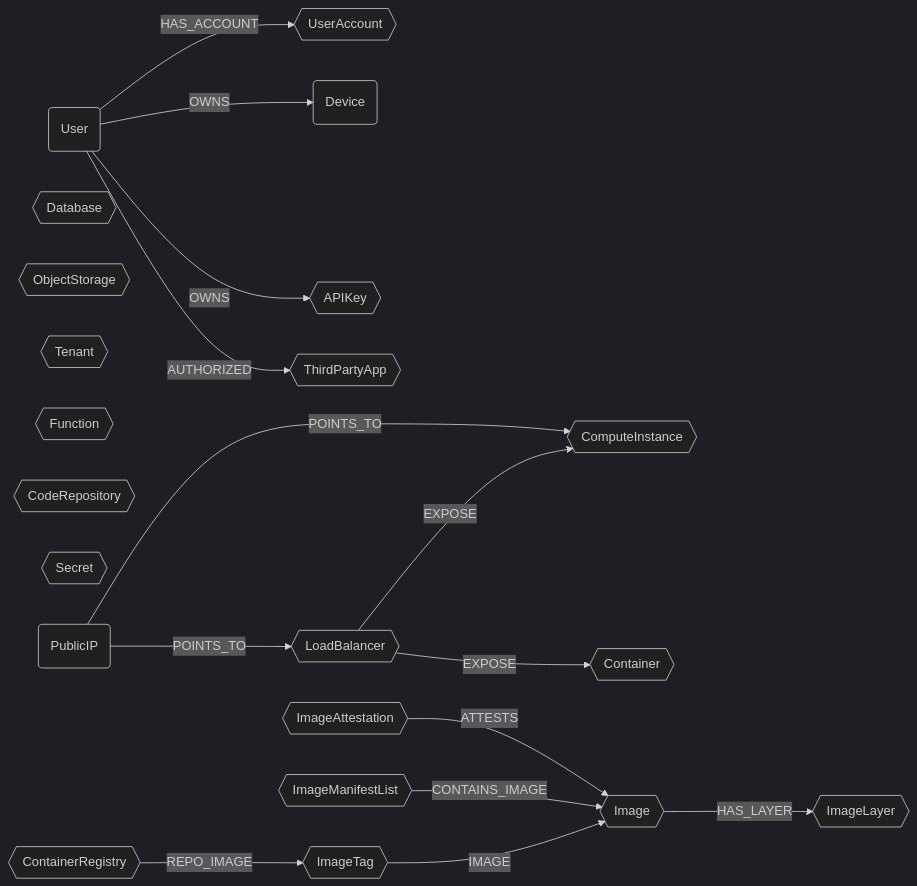
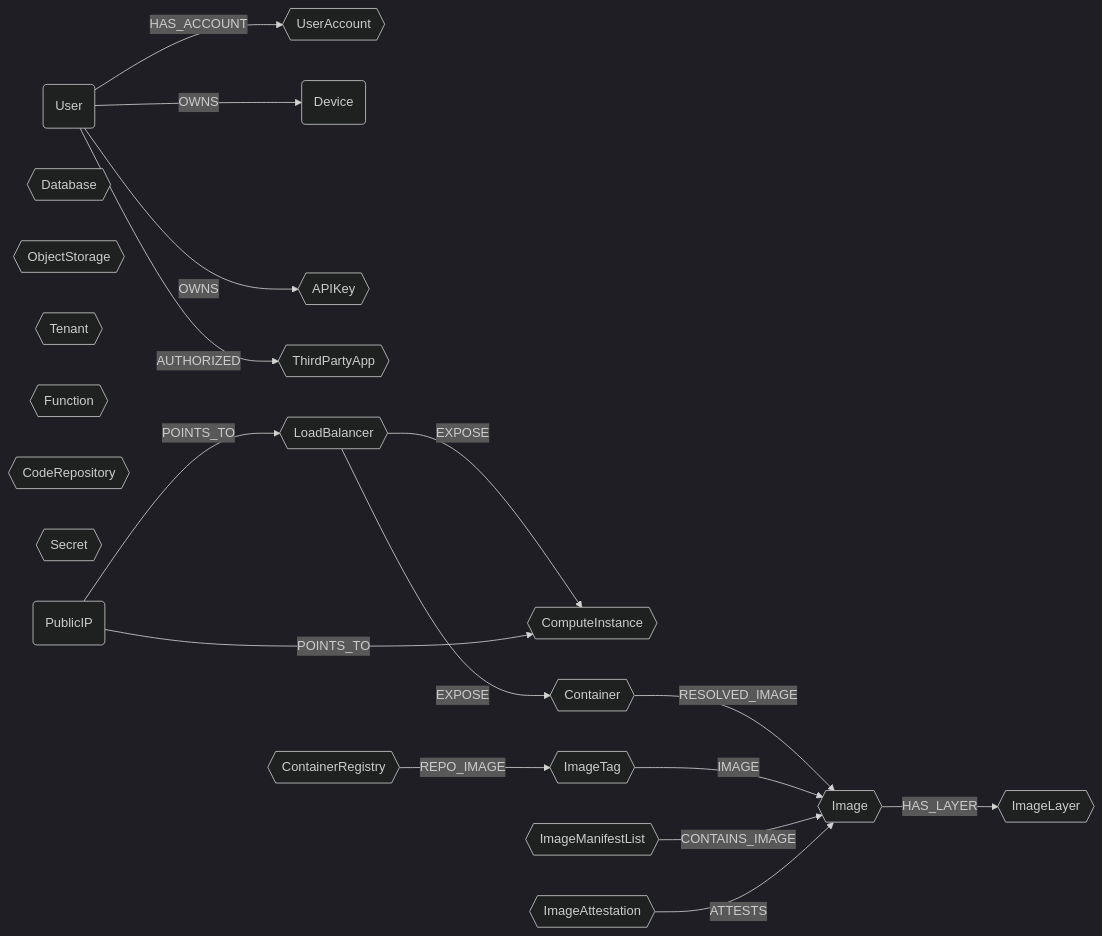
Before and after one commit to cartography-cncf/cartography: the diagram in docs/root/modules/ontology/schema.md, drawn with Mermaid (dark theme). The commit also changed other lines of this file and 3 other files, not shown here.

First line of the commit message:
feat(ontology): Add RESOLVED_IMAGE relationship for containers

````diff
--- a/docs/root/modules/ontology/schema.md
+++ b/docs/root/modules/ontology/schema.md
@@ -6,23 +6,24 @@
 ```mermaid
 graph LR
 
 U(User) -- HAS_ACCOUNT --> UA{{UserAccount}}
 U -- OWNS --> CC(Device)
 U -- OWNS --> AK{{APIKey}}
 U -- AUTHORIZED --> OA{{ThirdPartyApp}}
 LB{{LoadBalancer}} -- EXPOSE --> CI{{ComputeInstance}}
 LB{{LoadBalancer}} -- EXPOSE --> CT{{Container}}
+CT -- RESOLVED_IMAGE --> IM
 DB{{Database}}
 OS{{ObjectStorage}}
 TN{{Tenant}}
 FN{{Function}}
 REPO{{CodeRepository}}
 SC{{Secret}}
 PIP(PublicIP) -- POINTS_TO --> LB
 PIP -- POINTS_TO --> CI
 CR{{ContainerRegistry}} -- REPO_IMAGE --> IT{{ImageTag}}
 IT -- IMAGE --> IM{{Image}}
 IML{{ImageManifestList}} -- CONTAINS_IMAGE --> IM
 IA{{ImageAttestation}} -- ATTESTS --> IM
 IM -- HAS_LAYER --> IL{{ImageLayer}}
 ```
````
